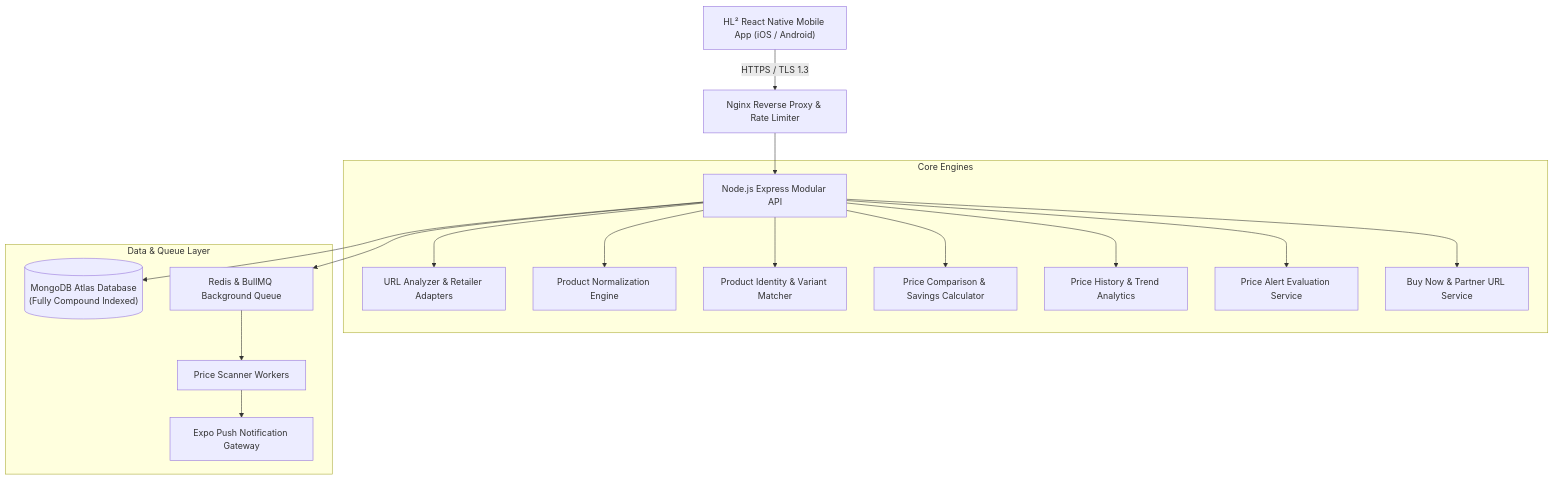
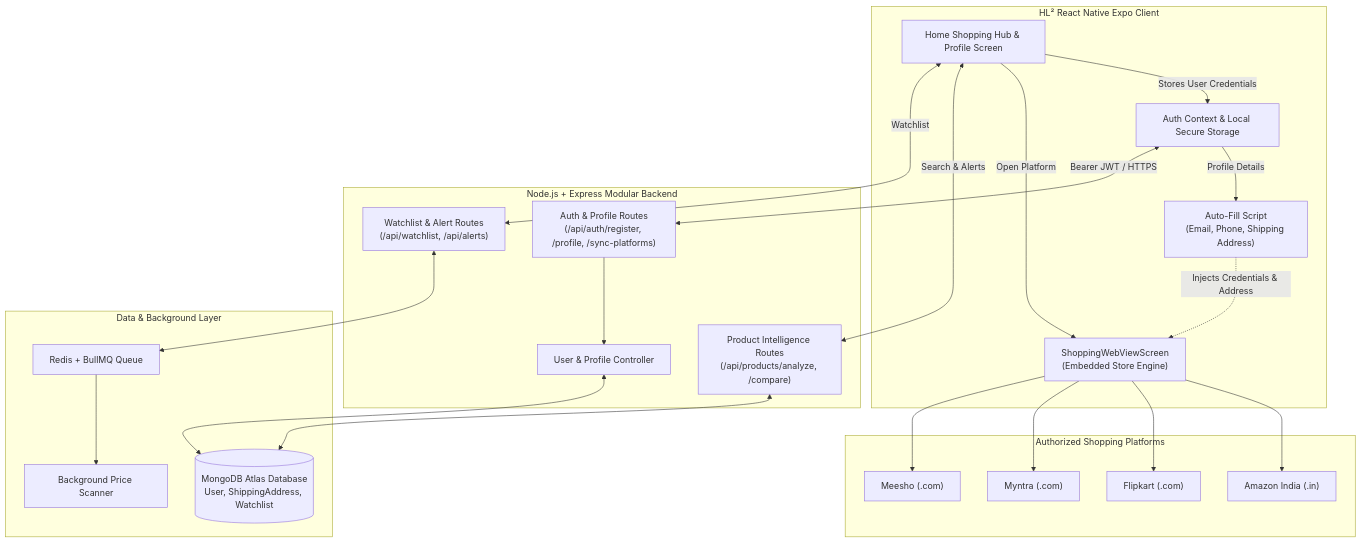
The diagram in README.md (t-suraj21/H-2), drawn with Mermaid before and after one commit. The commit also changed other lines of this file and 2 other files, not shown here.

Commit message:
some major update in my app add some application - web

````diff
--- a/README.md
+++ b/README.md
@@ -30,23 +73,49 @@
 ```mermaid
 graph TD
-    Client["HL² React Native Mobile App (iOS / Android)"] -->|HTTPS / TLS 1.3| LoadBalancer["Nginx Reverse Proxy & Rate Limiter"]
-
-    LoadBalancer --> ExpressAPI["Node.js Express Modular API"]
-
-    subgraph Core Engines
-        ExpressAPI --> URLAnalyzer["URL Analyzer & Retailer Adapters"]
-        ExpressAPI --> Normalizer["Product Normalization Engine"]
-        ExpressAPI --> Matcher["Product Identity & Variant Matcher"]
-        ExpressAPI --> Comparison["Price Comparison & Savings Calculator"]
-        ExpressAPI --> HistoryService["Price History & Trend Analytics"]
-        ExpressAPI --> AlertService["Price Alert Evaluation Service"]
-        ExpressAPI --> AffiliateService["Buy Now & Partner URL Service"]
+    subgraph Mobile Client [HL² React Native Expo Client]
+        UI["Home Shopping Hub & Profile Screen"]
+        AuthContext["Auth Context & Local Secure Storage"]
+        WebViewScreen["ShoppingWebViewScreen\n(Embedded Store Engine)"]
+        AutoFill["Auto-Fill Script\n(Email, Phone, Shipping Address)"]
     end
 
-    subgraph Data & Queue Layer
-        ExpressAPI --> MongoDB[("MongoDB Atlas Database\n(Fully Compound Indexed)")]
-        ExpressAPI --> RedisQueue["Redis & BullMQ Background Queue"]
-        RedisQueue --> PriceWorker["Price Scanner Workers"]
-        PriceWorker --> PushProvider["Expo Push Notification Gateway"]
+    subgraph Real Stores [Authorized Shopping Platforms]
+        Amazon["Amazon India (.in)"]
+        Flipkart["Flipkart (.com)"]
+        Myntra["Myntra (.com)"]
+        Meesho["Meesho (.com)"]
     end
+
+    subgraph Backend API [Node.js + Express Modular Backend]
+        AuthRouter["Auth & Profile Routes\n(/api/auth/register, /profile, /sync-platforms)"]
+        ProductRouter["Product Intelligence Routes\n(/api/products/analyze, /compare)"]
+        AlertRouter["Watchlist & Alert Routes\n(/api/watchlist, /api/alerts)"]
+        UserCtrl["User & Profile Controller"]
+    end
+
+    subgraph Infrastructure [Data & Background Layer]
+        MongoDB[("MongoDB Atlas Database\nUser, ShippingAddress, Watchlist")]
+        RedisQueue["Redis + BullMQ Queue"]
+        PriceWorker["Background Price Scanner"]
+    end
+
+    %% Client Interactions
+    UI -->|Stores User Credentials| AuthContext
+    UI -->|Open Platform| WebViewScreen
+    AuthContext -->|Profile Details| AutoFill
+    AutoFill -.->|Injects Credentials & Address| WebViewScreen
+    WebViewScreen --> Amazon
+    WebViewScreen --> Flipkart
+    WebViewScreen --> Myntra
+    WebViewScreen --> Meesho
+
+    %% API Interactions
+    AuthContext <-->|Bearer JWT / HTTPS| AuthRouter
+    UI <-->|Search & Alerts| ProductRouter
+    UI <-->|Watchlist| AlertRouter
+    AuthRouter --> UserCtrl
+    UserCtrl <--> MongoDB
+    ProductRouter <--> MongoDB
+    AlertRouter <--> RedisQueue
+    RedisQueue --> PriceWorker
 ```
````
